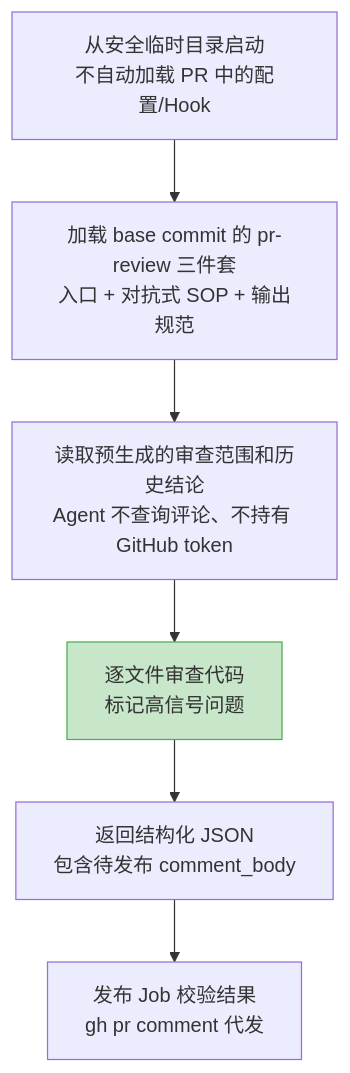
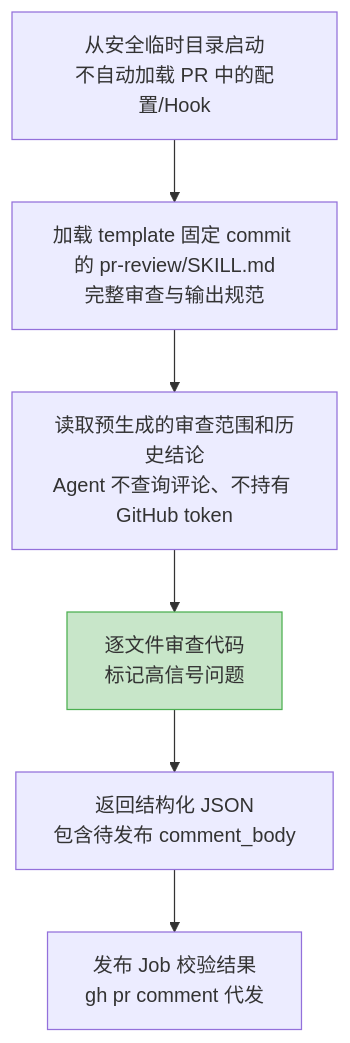
One commit to Lightspeed-Intelligence/agentic-workflow-template changed the fifth of 13 diagrams in docs/code-review-design.md. Above: the diagram before and after it, drawn with Mermaid. The commit also changed other lines of this file and 13 other files, not shown here.

````diff
--- a/docs/code-review-design.md
+++ b/docs/code-review-design.md
@@ -148,14 +148,14 @@
 ```mermaid
 flowchart TD
     start["从安全临时目录启动<br/>不自动加载 PR 中的配置/Hook"]
-    load["加载 base commit 的 pr-review 三件套<br/>入口 + 对抗式 SOP + 输出规范"]
+    load["加载 template 固定 commit 的 pr-review/SKILL.md<br/>完整审查与输出规范"]
     full["读取预生成的审查范围和历史结论<br/>Agent 不查询评论、不持有 GitHub token"]
     review["逐文件审查代码<br/>标记高信号问题"]
     json["返回结构化 JSON<br/>包含待发布 comment_body"]
     publish["发布 Job 校验结果<br/>gh pr comment 代发"]
 
     start --> load --> full --> review
     review --> json --> publish
 
     style review fill:#c8e6c9,stroke:#4CAF50
 ```
````
